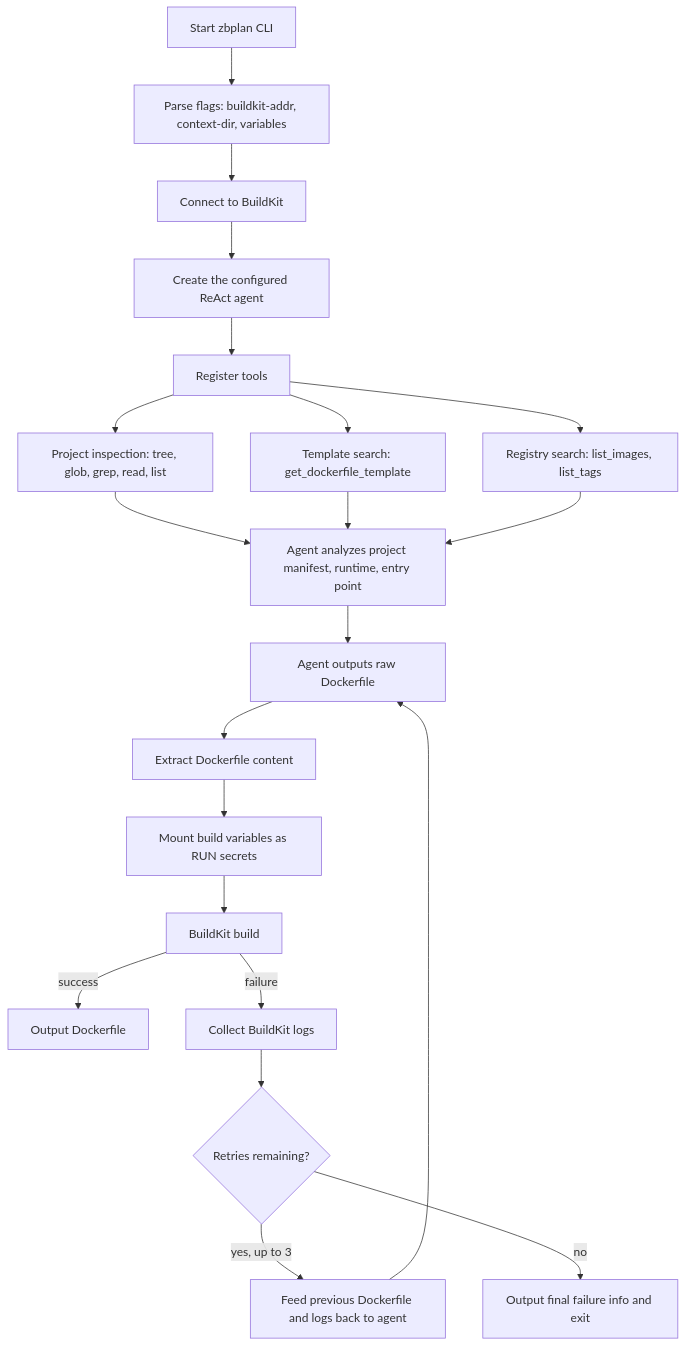
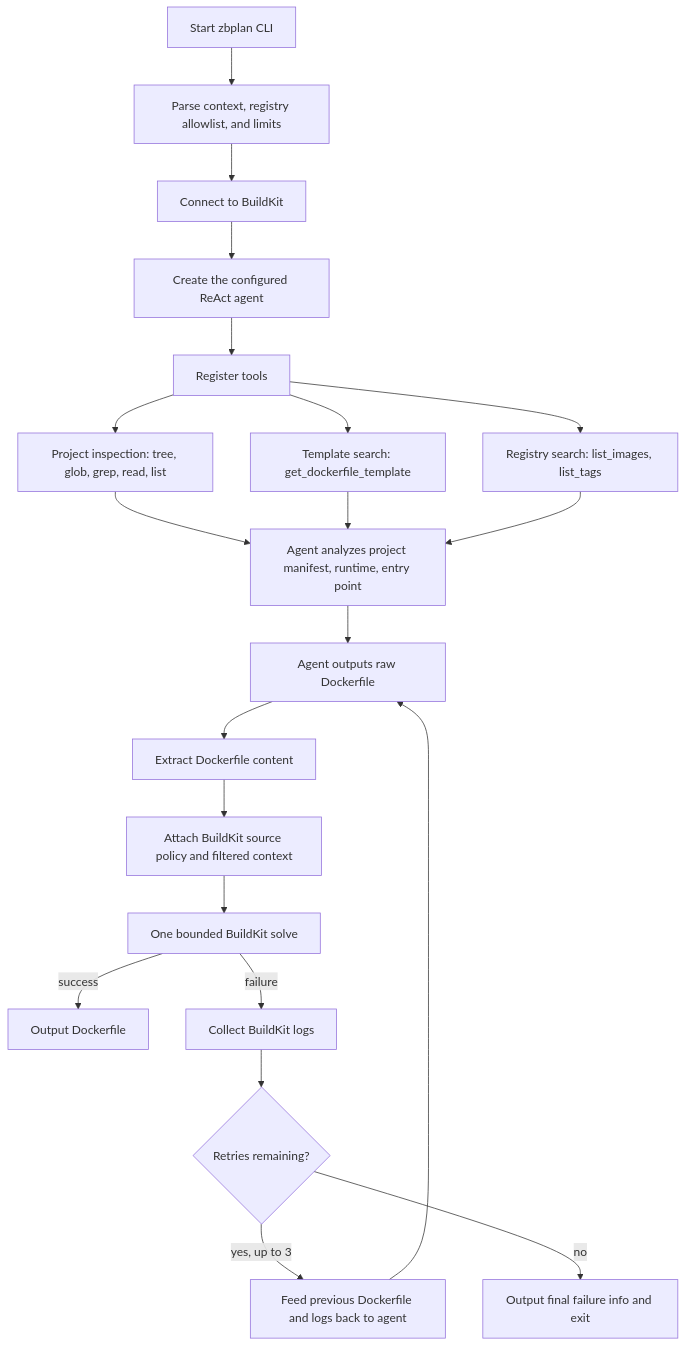
Before and after one commit to zeabur/zbplan: the diagram in README.md, drawn with Mermaid. The commit also changed other lines of this file and 16 other files, not shown here.

First line of the commit message:
fix(builder)!: enforce build policy in BuildKit and bound each run (#26)

````diff
--- a/README.md
+++ b/README.md
@@ -86,27 +86,27 @@
 ```mermaid
 flowchart TD
-    A[Start zbplan CLI] --> B[Parse flags: buildkit-addr, context-dir, variables]
+    A[Start zbplan CLI] --> B[Parse context, registry allowlist, and limits]
     B --> C[Connect to BuildKit]
     C --> D[Create the configured ReAct agent]
     D --> E[Register tools]
 
     E --> E1[Project inspection: tree, glob, grep, read, list]
     E --> E2[Template search: get_dockerfile_template]
     E --> E3[Registry search: list_images, list_tags]
 
     E1 --> F[Agent analyzes project manifest, runtime, entry point]
     E2 --> F
     E3 --> F
 
     F --> G[Agent outputs raw Dockerfile]
     G --> H[Extract Dockerfile content]
-    H --> I[Mount build variables as RUN secrets]
-    I --> J[BuildKit build]
+    H --> I[Attach BuildKit source policy and filtered context]
+    I --> J[One bounded BuildKit solve]
 
     J -->|success| K[Output Dockerfile]
     J -->|failure| L[Collect BuildKit logs]
     L --> M{Retries remaining?}
     M -->|yes, up to 3| N[Feed previous Dockerfile and logs back to agent]
     N --> G
     M -->|no| O[Output final failure info and exit]
 ```
````
